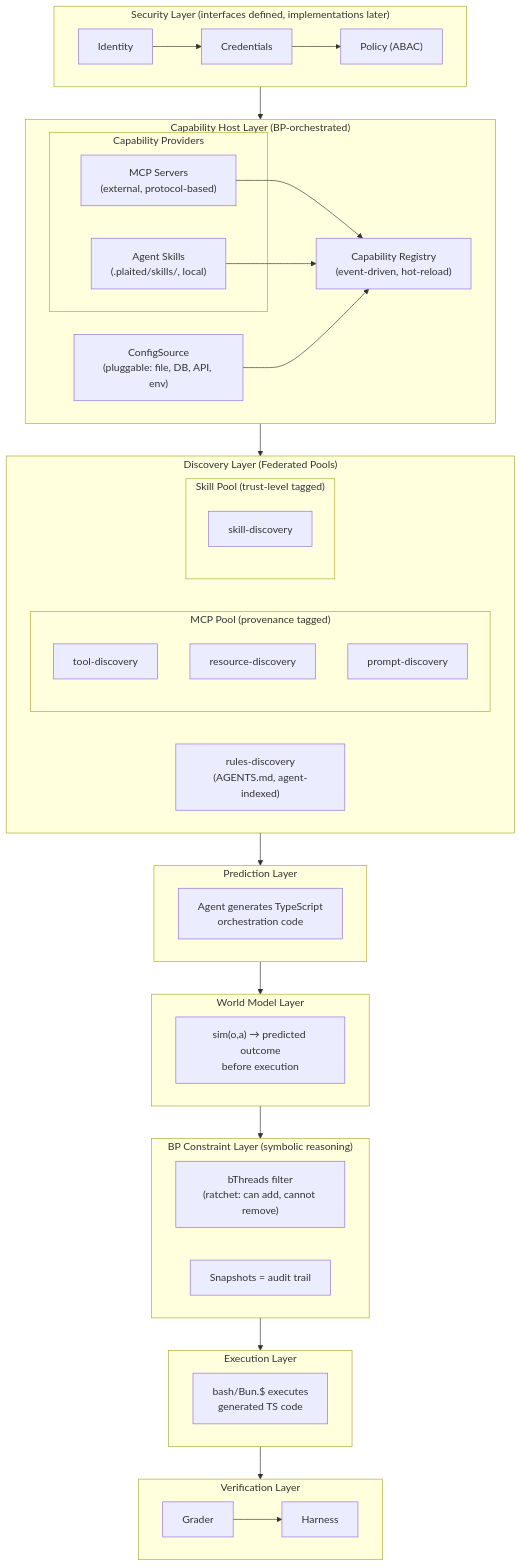
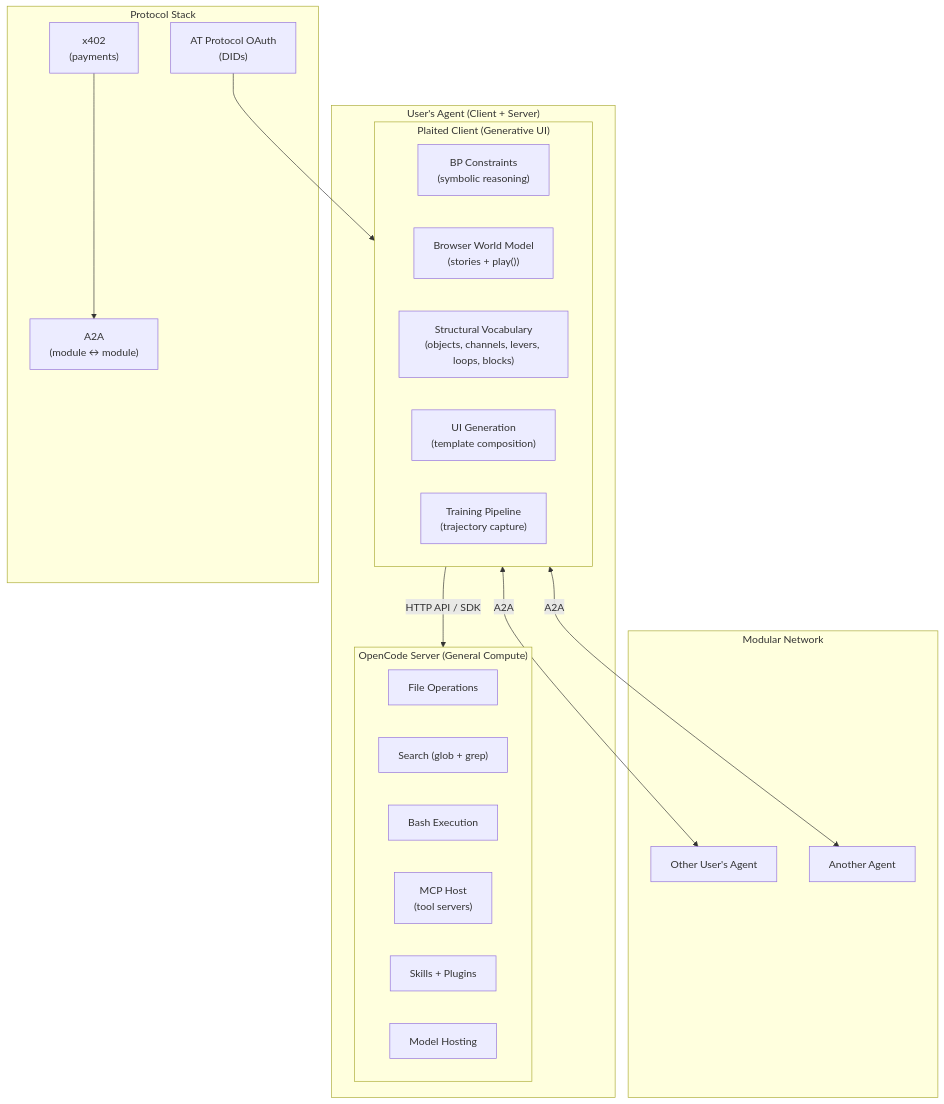
The first of 12 diagrams in PLAITED-AGENT-PLAN.md (plaited/plaited), drawn with Mermaid before and after one commit. The commit also changed other lines of this file and 1 other file, not shown here.

First line of the commit message:
docs(agent): update plan to V8 — generative UI client + modnet architecture

````diff
--- a/PLAITED-AGENT-PLAN.md
+++ b/PLAITED-AGENT-PLAN.md
@@ -26,63 +39,39 @@
 ```mermaid
 flowchart TB
-    subgraph Security["Security Layer (interfaces defined, implementations later)"]
-        Identity["Identity"]
-        Credentials["Credentials"]
-        Policy["Policy (ABAC)"]
-        Identity --> Credentials --> Policy
+    subgraph User["User's Agent (Client + Server)"]
+        subgraph Client["Plaited Client (Generative UI)"]
+            BP["BP Constraints<br/>(symbolic reasoning)"]
+            WorldModel["Browser World Model<br/>(stories + play())"]
+            StructVocab["Structural Vocabulary<br/>(objects, channels, levers, loops, blocks)"]
+            UIGen["UI Generation<br/>(template composition)"]
+            Training["Training Pipeline<br/>(trajectory capture)"]
+        end
+
+        subgraph Server["OpenCode Server (General Compute)"]
+            FileOps["File Operations"]
+            Search["Search (glob + grep)"]
+            BashExec["Bash Execution"]
+            MCPHost["MCP Host<br/>(tool servers)"]
+            Skills["Skills + Plugins"]
+            Models["Model Hosting"]
+        end
+
+        Client -->|"HTTP API / SDK"| Server
     end
 
-    subgraph CapabilityHost["Capability Host Layer (BP-orchestrated)"]
-        subgraph Providers["Capability Providers"]
-            MCPServers["MCP Servers<br/>(external, protocol-based)"]
-            AgentSkills["Agent Skills<br/>(.plaited/skills/, local)"]
-        end
-        CapRegistry["Capability Registry<br/>(event-driven, hot-reload)"]
-        ConfigSource["ConfigSource<br/>(pluggable: file, DB, API, env)"]
-        MCPServers & AgentSkills --> CapRegistry
-        ConfigSource --> CapRegistry
+    subgraph Modnet["Modular Network"]
+        OtherAgent1["Other User's Agent"]
+        OtherAgent2["Another Agent"]
     end
 
-    subgraph Discovery["Discovery Layer (Federated Pools)"]
-        subgraph MCPPool["MCP Pool (provenance tagged)"]
-            ToolDisc["tool-discovery"]
-            ResourceDisc["resource-discovery"]
-            PromptDisc["prompt-discovery"]
-        end
-        subgraph SkillPool["Skill Pool (trust-level tagged)"]
-            SkillDisc["skill-discovery"]
-        end
-        RulesDisc["rules-discovery<br/>(AGENTS.md, agent-indexed)"]
+    subgraph Protocols["Protocol Stack"]
+        A2A["A2A<br/>(module ↔ module)"]
+        ATP["AT Protocol OAuth<br/>(DIDs)"]
+        X402["x402<br/>(payments)"]
     end
 
-    subgraph Prediction["Prediction Layer"]
-        Agent["Agent generates TypeScript<br/>orchestration code"]
-    end
-
-    subgraph WorldModel["World Model Layer"]
-        Sim["sim(o,a) → predicted outcome<br/>before execution"]
-    end
-
-    subgraph BP["BP Constraint Layer (symbolic reasoning)"]
-        BThreads["bThreads filter<br/>(ratchet: can add, cannot remove)"]
-        Snapshots["Snapshots = audit trail"]
-    end
-
-    subgraph Execution["Execution Layer"]
-        BashExec["bash/Bun.$ executes<br/>generated TS code"]
-    end
-
-    subgraph Verification["Verification Layer"]
-        Grader["Grader"]
-        Harness["Harness"]
-        Grader --> Harness
-    end
-
-    Security --> CapabilityHost
-    CapabilityHost --> Discovery
-    Discovery --> Prediction
-    Prediction --> WorldModel
-    WorldModel --> BP
-    BP --> Execution
-    Execution --> Verification
+    Client <-->|"A2A"| OtherAgent1
+    Client <-->|"A2A"| OtherAgent2
+    ATP --> Client
+    X402 --> A2A
 ```
````
